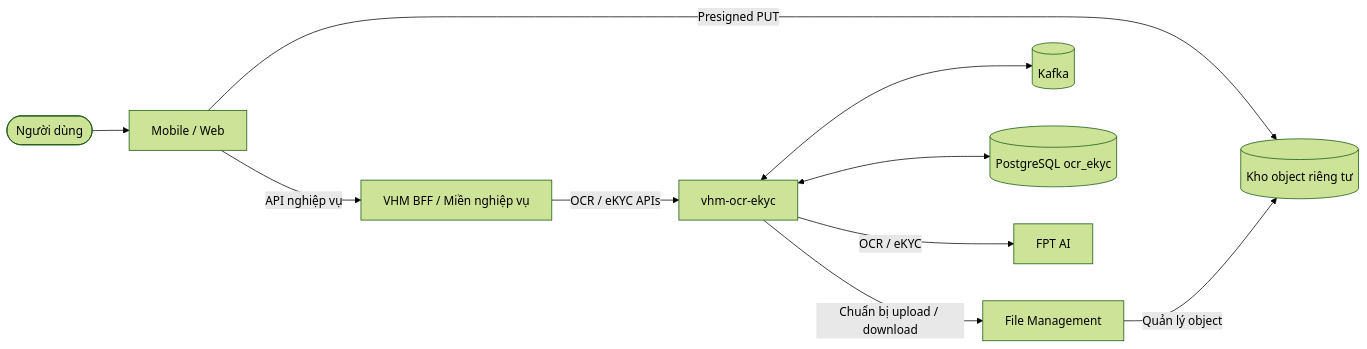
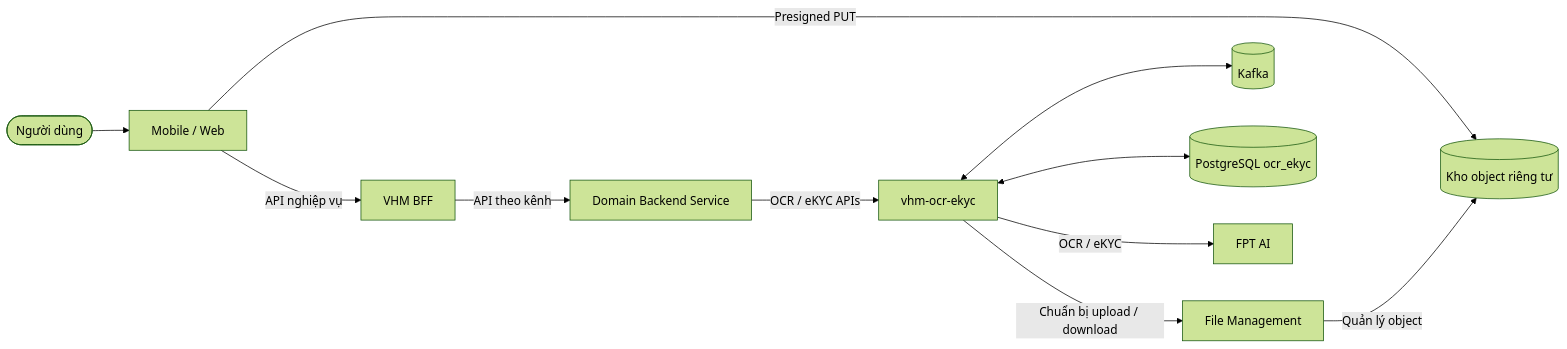
One commit to huynv-xyz/vhm changed the first of 12 diagrams in tdd-ocr-ekyc.md. Above: the diagram before and after it, drawn with Mermaid (forest theme). The commit also changed other lines of this file, not shown here.

````diff
--- a/tdd-ocr-ekyc.md
+++ b/tdd-ocr-ekyc.md
@@ -222,22 +204,24 @@
 ```mermaid
 flowchart LR
     USER([Người dùng])
     APP[Mobile / Web]
-    BFF[VHM BFF / Miền nghiệp vụ]
+    BFF[VHM BFF]
+    DOMAIN[Domain Backend Service]
     OCR[vhm-ocr-ekyc]
     FILE[File Management]
     STORE[(Kho object riêng tư)]
     KAFKA[(Kafka)]
     DB[(PostgreSQL ocr_ekyc)]
     FPT[FPT AI]
 
     USER --> APP
     APP -->|API nghiệp vụ| BFF
     APP -->|Presigned PUT| STORE
-    BFF -->|OCR / eKYC APIs| OCR
+    BFF -->|API theo kênh| DOMAIN
+    DOMAIN -->|OCR / eKYC APIs| OCR
     OCR -->|Chuẩn bị upload / download| FILE
     FILE -->|Quản lý object| STORE
     OCR <--> DB
     OCR <--> KAFKA
     OCR -->|OCR / eKYC| FPT
 ```
````
